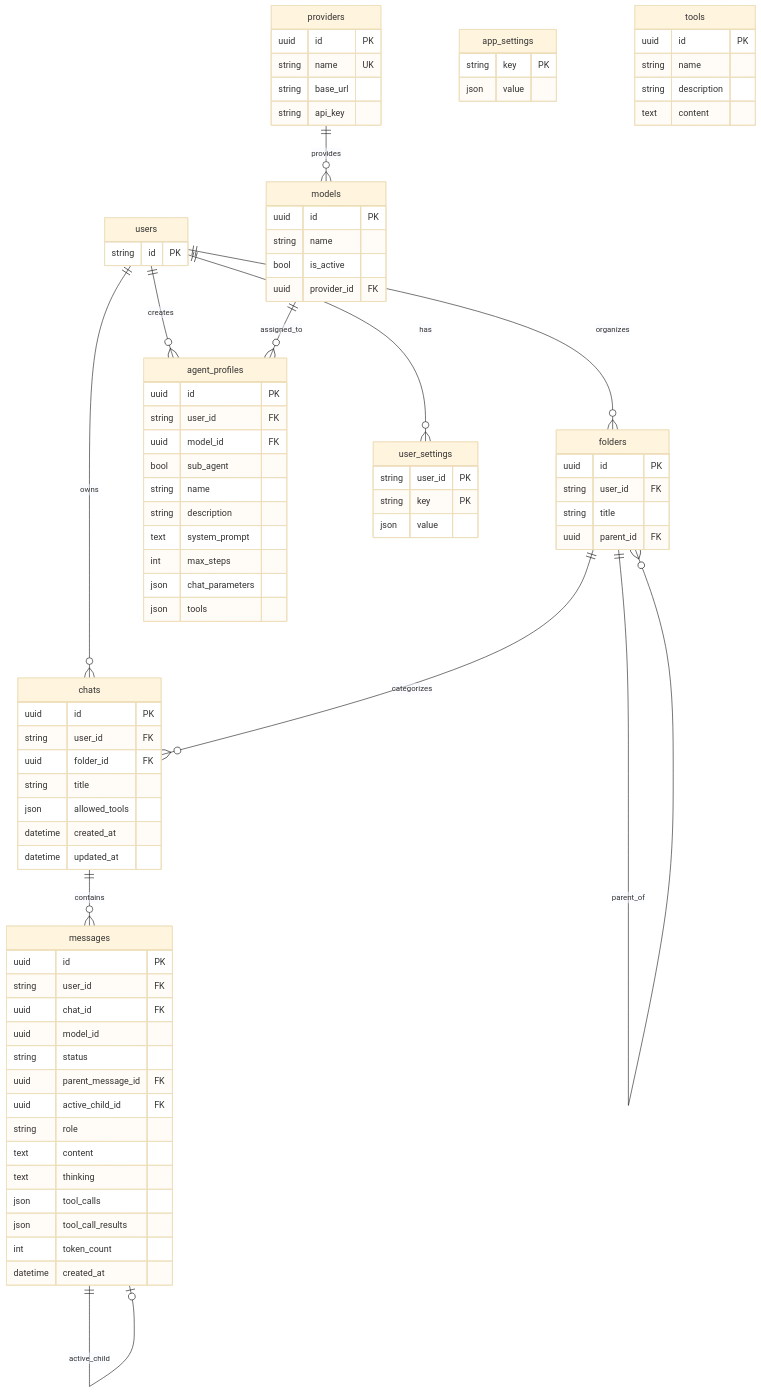
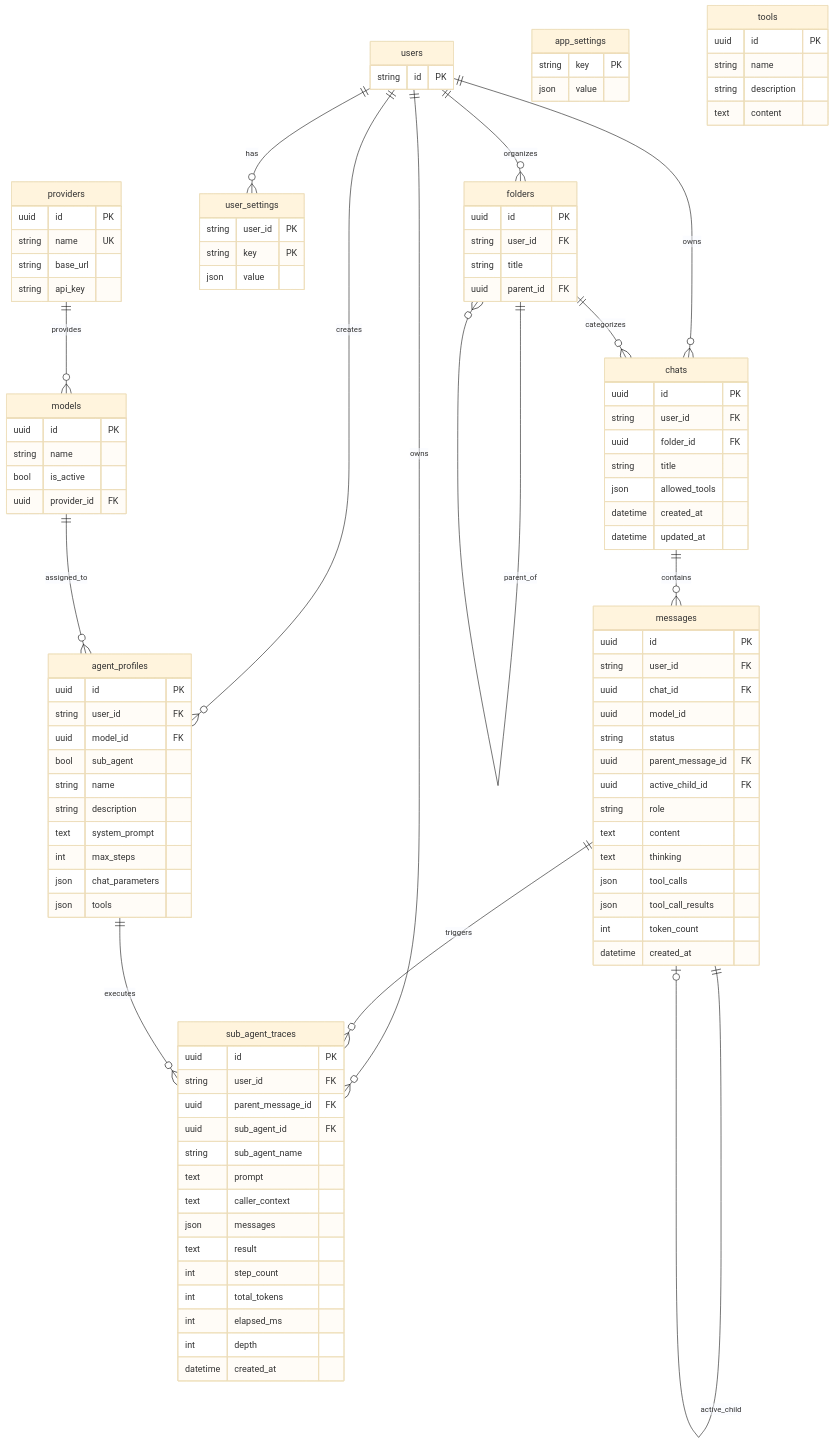
Before and after one commit to dbracewell/Asterism: the second of 3 diagrams in architecture/data-and-storage.md, drawn with Mermaid (base theme). The commit also changed 14 other files, not shown here.

Commit message:
feat(agent): implement US-10.6 persist sub-agent execution traces and docs

````diff
--- a/architecture/data-and-storage.md
+++ b/architecture/data-and-storage.md
@@ -52,6 +52,7 @@
     users ||--o{ folders : "organizes"
     users ||--o{ agent_profiles : "creates"
     users ||--o{ user_settings : "has"
+    users ||--o{ sub_agent_traces : "owns"
 
     folders ||--o{ folders : "parent_of"
     folders ||--o{ chats : "categorizes"
@@ -60,9 +61,11 @@
 
     messages ||--o| messages : "parent_of"
     messages ||--o| messages : "active_child"
+    messages ||--o{ sub_agent_traces : "triggers"
 
     providers ||--o{ models : "provides"
     models ||--o{ agent_profiles : "assigned_to"
+    agent_profiles ||--o{ sub_agent_traces : "executes"
 
     users {
         string id PK
@@ -146,4 +149,21 @@
         string description
         text content
     }
+
+    sub_agent_traces {
+        uuid id PK
+        string user_id FK
+        uuid parent_message_id FK
+        uuid sub_agent_id FK
+        string sub_agent_name
+        text prompt
+        text caller_context
+        json messages
+        text result
+        int step_count
+        int total_tokens
+        int elapsed_ms
+        int depth
+        datetime created_at
+    }
 ```
````
